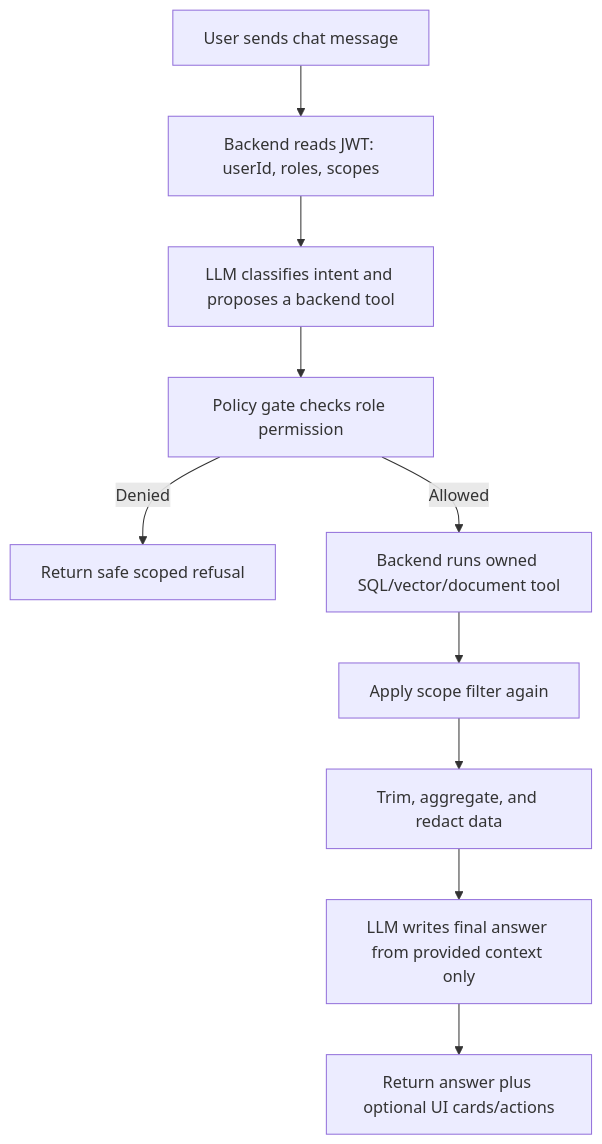
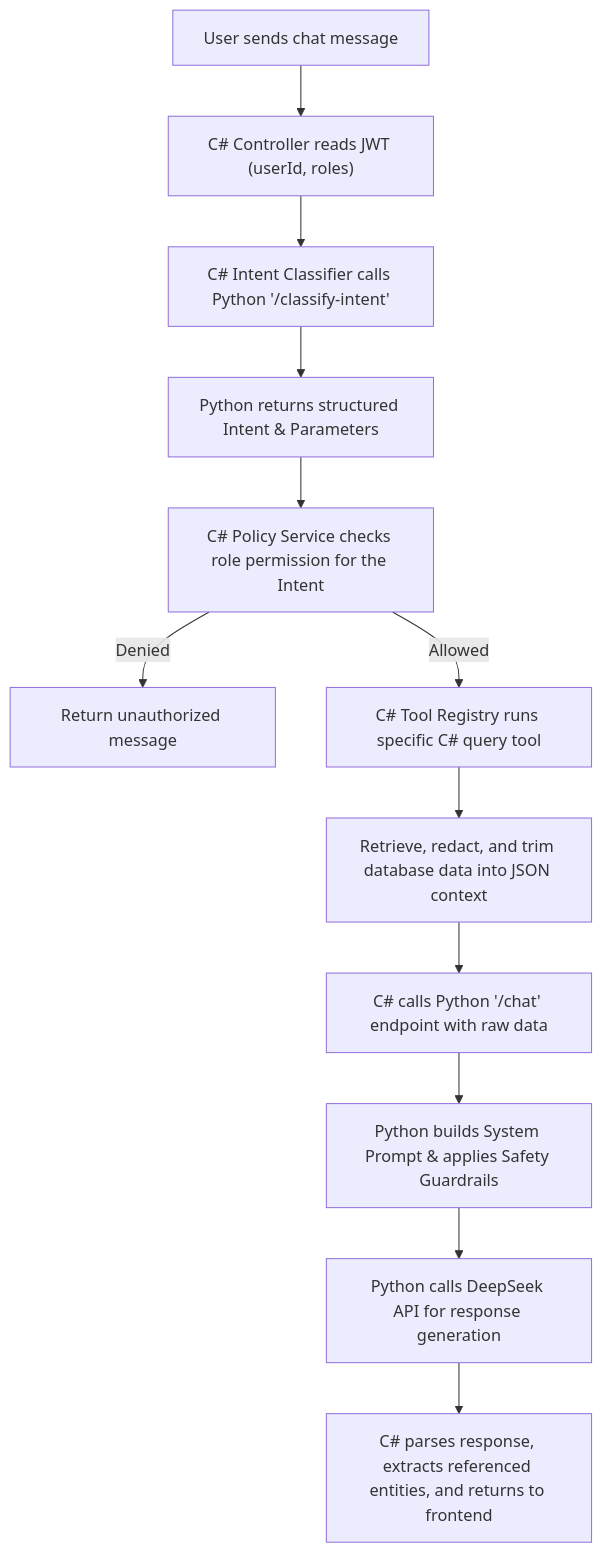
The diagram in docs/algorithms/role-aware-chatbot.md (duc19092005/galaxiad-cinema-core), drawn with Mermaid before and after one commit. The commit also changed other lines of this file and 25 other files, not shown here.

Commit message:
docs: restructure translation files, rewrite root README.md with architecture and update algorithms to align with source code

````diff
--- a/docs/algorithms/role-aware-chatbot.md
+++ b/docs/algorithms/role-aware-chatbot.md
@@ -29,12 +16,14 @@
 ```mermaid
 flowchart TD
-    A["User sends chat message"] --> B["Backend reads JWT: userId, roles, scopes"]
-    B --> C["LLM classifies intent and proposes a backend tool"]
-    C --> D["Policy gate checks role permission"]
-    D -- Denied --> E["Return safe scoped refusal"]
-    D -- Allowed --> F["Backend runs owned SQL/vector/document tool"]
-    F --> G["Apply scope filter again"]
-    G --> H["Trim, aggregate, and redact data"]
-    H --> I["LLM writes final answer from provided context only"]
-    I --> J["Return answer plus optional UI cards/actions"]
+    A["User sends chat message"] --> B["C# Controller reads JWT (userId, roles)"]
+    B --> C["C# Intent Classifier calls Python '/classify-intent'"]
+    C --> D["Python returns structured Intent & Parameters"]
+    D --> E["C# Policy Service checks role permission for the Intent"]
+    E -- Denied --> F["Return unauthorized message"]
+    E -- Allowed --> G["C# Tool Registry runs specific C# query tool"]
+    G --> H["Retrieve, redact, and trim database data into JSON context"]
+    H --> I["C# calls Python '/chat' endpoint with raw data"]
+    I --> J["Python builds System Prompt & applies Safety Guardrails"]
+    J --> K["Python calls DeepSeek API for response generation"]
+    K --> L["C# parses response, extracts referenced entities, and returns to frontend"]
 ```
````
